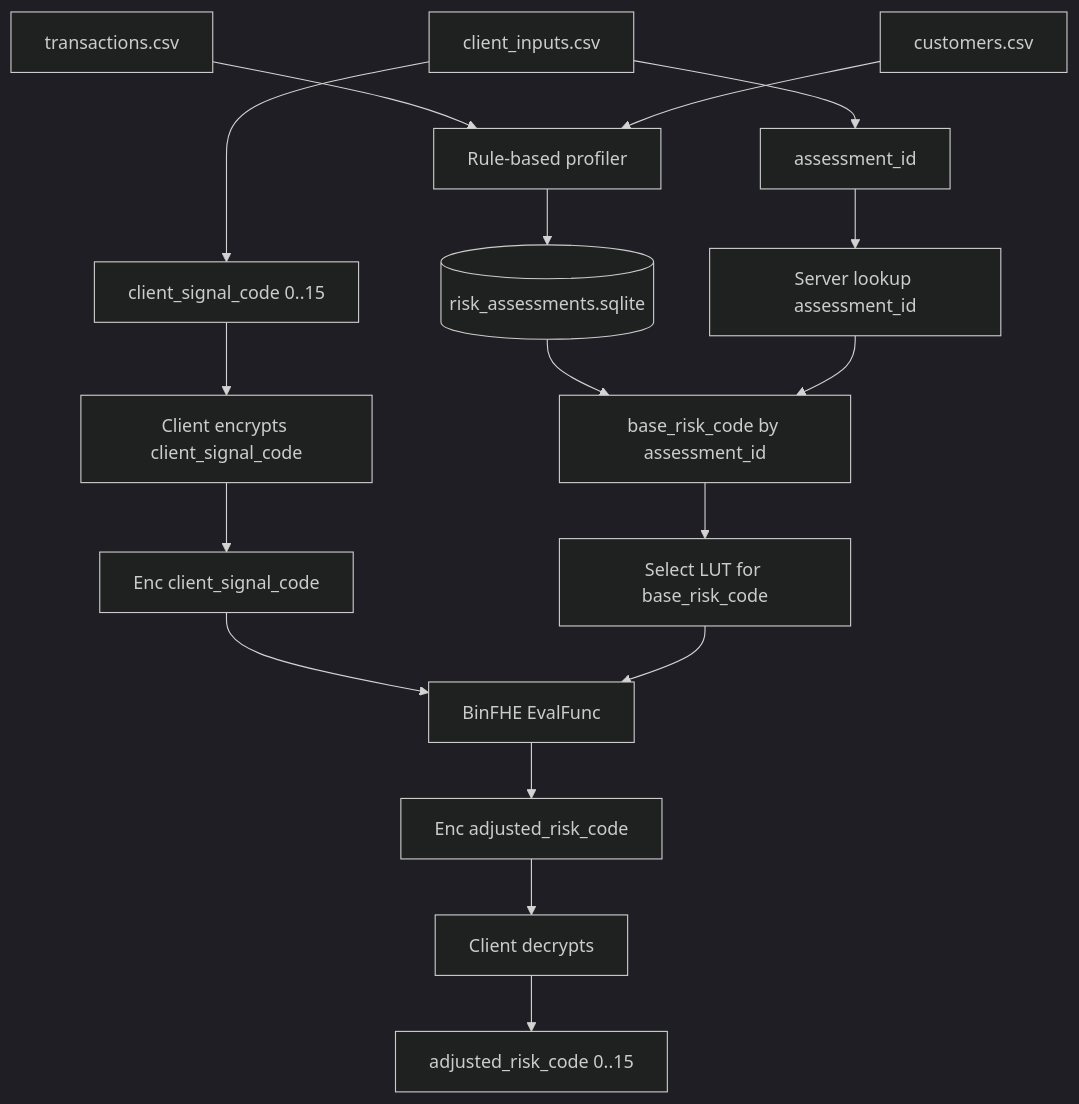
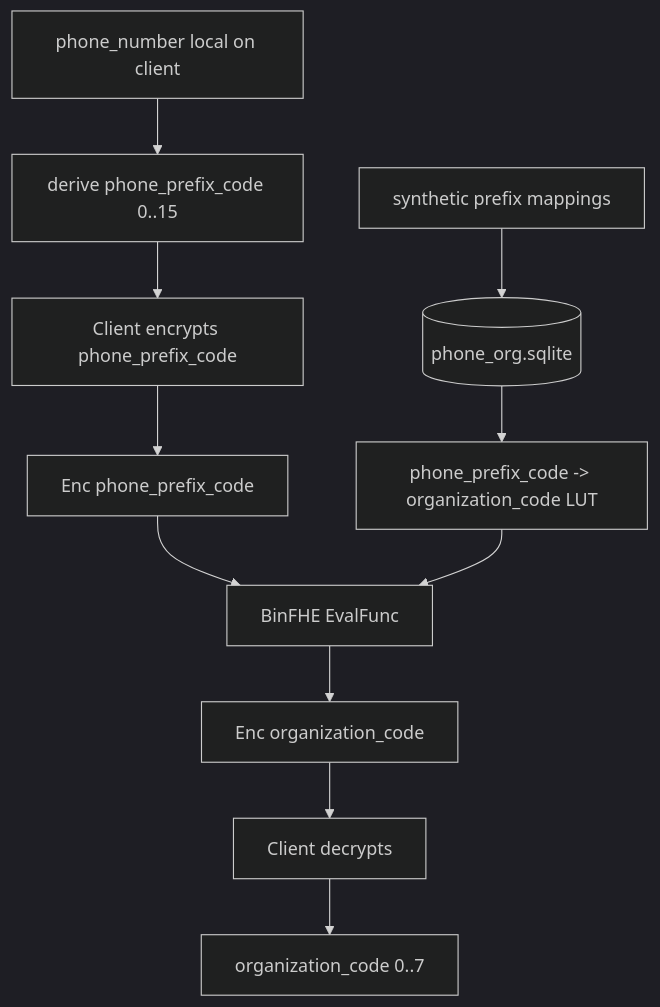
One commit to Nhatcao1/he_profiler changed the diagram in ARCHITECTURE_DIAGRAM.md. Above: the diagram before and after it, drawn with Mermaid (dark theme). The commit also changed other lines of this file and 8 other files, not shown here.

Commit message:
Pivot demo to phone organization lookup

````diff
--- a/ARCHITECTURE_DIAGRAM.md
+++ b/ARCHITECTURE_DIAGRAM.md
@@ -13,21 +14,15 @@
 ```mermaid
 flowchart TD
-    T[transactions.csv] --> P[Rule-based profiler]
-    C[customers.csv] --> P
-    P --> DB[(risk_assessments.sqlite)]
-    DB --> B[base_risk_code by assessment_id]
+    S[synthetic prefix mappings] --> DB[(phone_org.sqlite)]
+    DB --> LUT[phone_prefix_code -> organization_code LUT]
 
-    CI[client_inputs.csv] --> AID[assessment_id]
-    CI --> SIG[client_signal_code 0..15]
-    SIG --> ENC[Client encrypts client_signal_code]
-    ENC --> CT[Enc client_signal_code]
+    PHONE[phone_number local on client] --> PREFIX[derive phone_prefix_code 0..15]
+    PREFIX --> ENC[Client encrypts phone_prefix_code]
+    ENC --> CT[Enc phone_prefix_code]
 
-    AID --> LOOKUP[Server lookup assessment_id]
-    LOOKUP --> B
-    B --> SELECT[Select LUT for base_risk_code]
     CT --> EVAL[BinFHE EvalFunc]
-    SELECT --> EVAL
-    EVAL --> OUT[Enc adjusted_risk_code]
+    LUT --> EVAL
+    EVAL --> OUT[Enc organization_code]
     OUT --> DEC[Client decrypts]
-    DEC --> FINAL[adjusted_risk_code 0..15]
+    DEC --> FINAL[organization_code 0..7]
 ```
````
